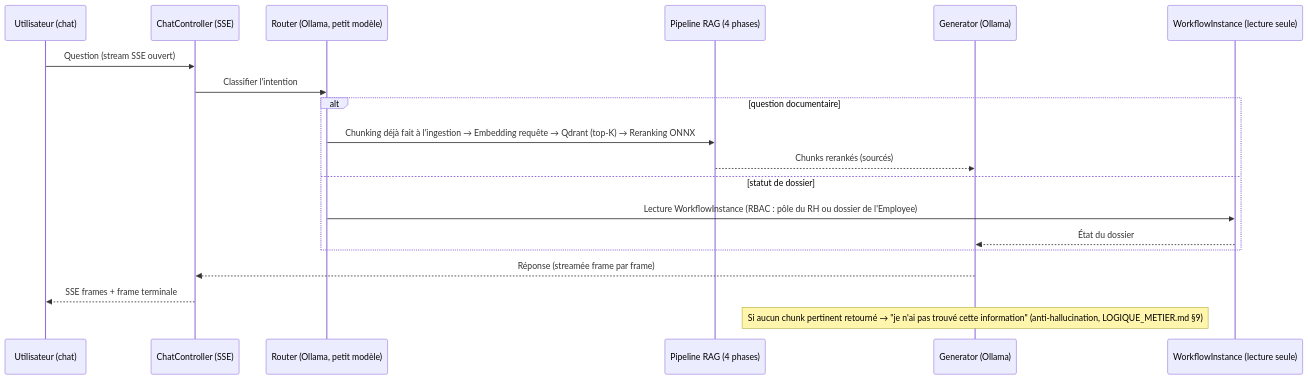
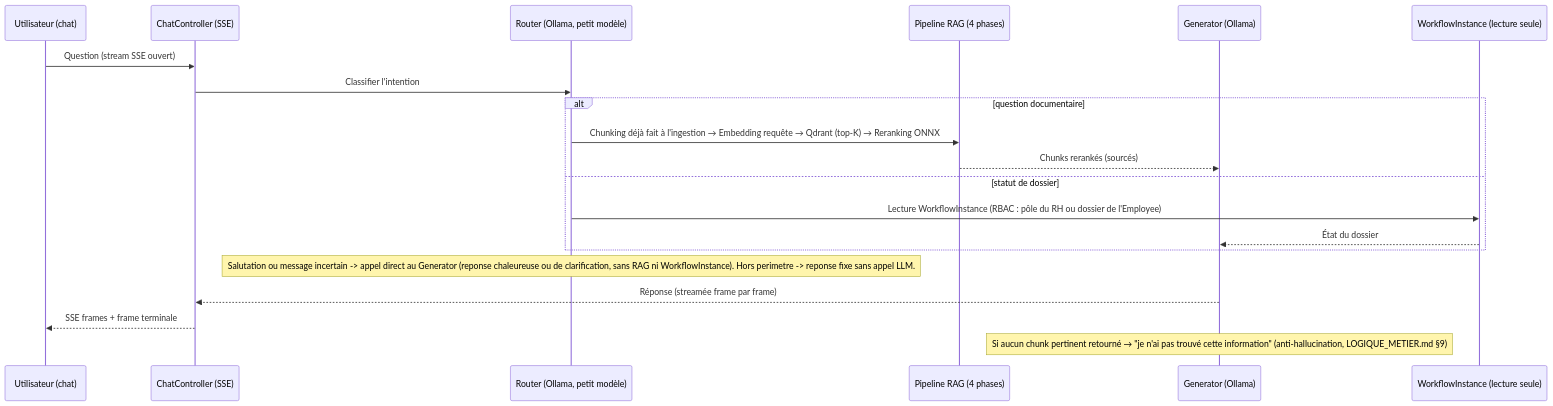
The fifth of 6 diagrams in docs/ARCHITECTURE.md (wekt2k04/arhia), drawn with Mermaid before and after one commit. The commit also changed 7 other files, not shown here.

First line of the commit message:
Ajoute une reponse chaleureuse et adaptative aux salutations et messages ambigus

````diff
--- a/docs/ARCHITECTURE.md
+++ b/docs/ARCHITECTURE.md
@@ -249,22 +249,23 @@
 ```mermaid
 sequenceDiagram
     participant U as Utilisateur (chat)
     participant Api as ChatController (SSE)
     participant Router as Router (Ollama, petit modèle)
     participant RAG as Pipeline RAG (4 phases)
     participant Gen as Generator (Ollama)
     participant Stat as WorkflowInstance (lecture seule)
 
     U->>Api: Question (stream SSE ouvert)
     Api->>Router: Classifier l'intention
     alt question documentaire
         Router->>RAG: Chunking déjà fait à l'ingestion → Embedding requête → Qdrant (top-K) → Reranking ONNX
         RAG-->>Gen: Chunks rerankés (sourcés)
     else statut de dossier
         Router->>Stat: Lecture WorkflowInstance (RBAC : pôle du RH ou dossier de l'Employee)
         Stat-->>Gen: État du dossier
     end
+    Note over Router: Salutation ou message incertain -> appel direct au Generator (reponse chaleureuse ou de clarification, sans RAG ni WorkflowInstance). Hors perimetre -> reponse fixe sans appel LLM.
     Gen-->>Api: Réponse (streamée frame par frame)
     Api-->>U: SSE frames + frame terminale
     Note over Gen: Si aucun chunk pertinent retourné → "je n'ai pas trouvé cette information" (anti-hallucination, LOGIQUE_METIER.md §9)
 ```
````
